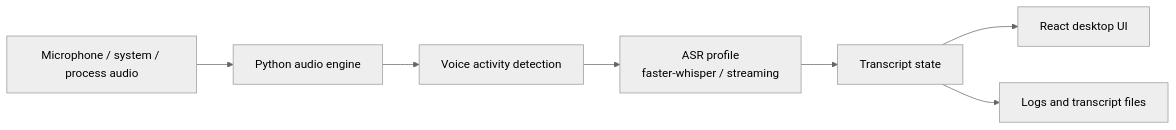
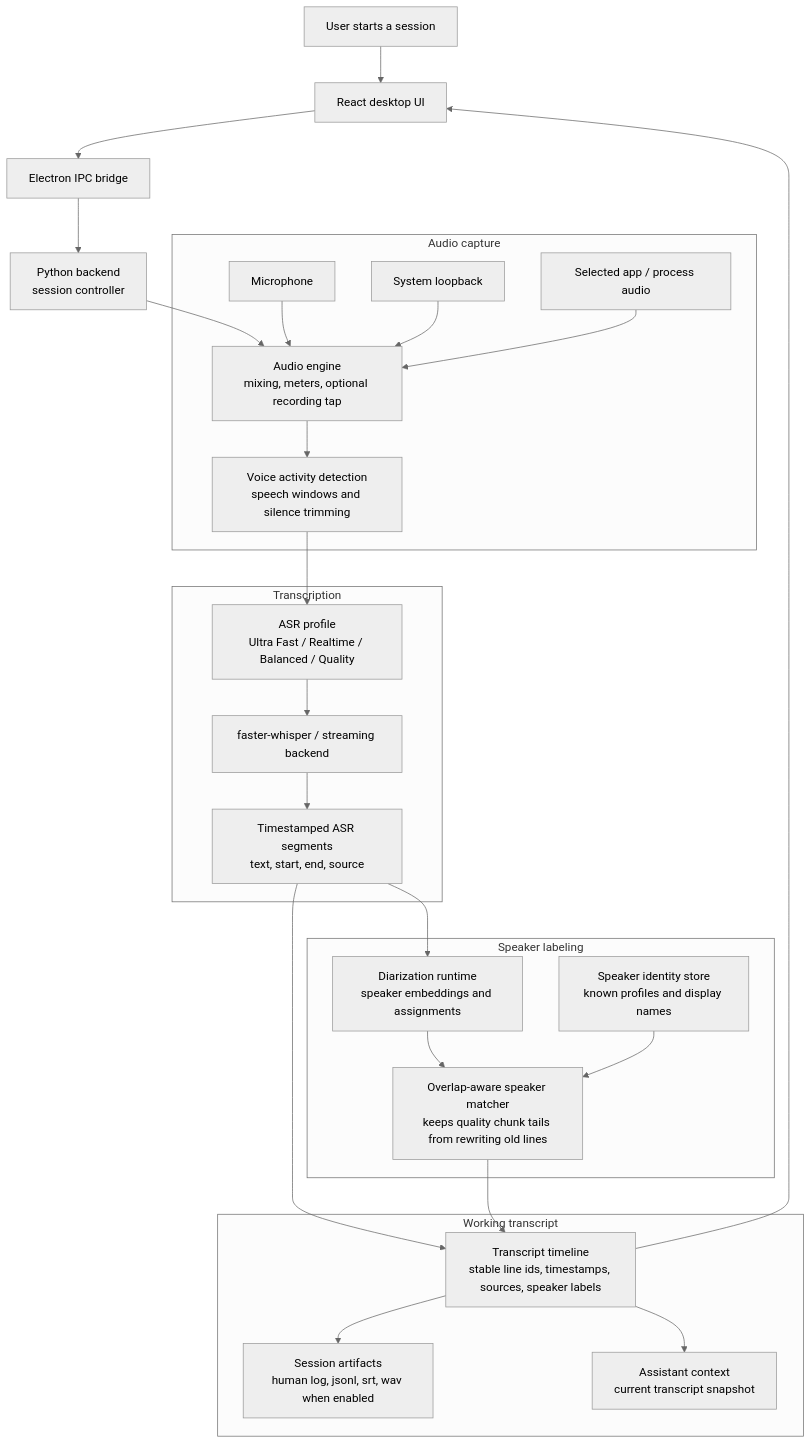
Before and after one commit to gazon673games/meeting-scribe: the diagram in README.md, drawn with Mermaid (neutral theme). The commit also changed other lines of this file, not shown here.

Commit message:
Update README pipeline overview

````diff
--- a/README.md
+++ b/README.md
@@ -26,14 +24,45 @@
 ```mermaid
-flowchart LR
-  Audio[Microphone / system / process audio]
-  Engine[Python audio engine]
-  VAD[Voice activity detection]
-  ASR[ASR profile<br/>faster-whisper / streaming]
-  Transcript[Transcript state]
+flowchart TD
+  User[User starts a session]
   UI[React desktop UI]
-  Files[Logs and transcript files]
+  IPC[Electron IPC bridge]
+  Backend[Python backend<br/>session controller]
 
-  Audio --> Engine --> VAD --> ASR --> Transcript
-  Transcript --> UI
-  Transcript --> Files
+  subgraph Capture["Audio capture"]
+    Mic[Microphone]
+    System[System loopback]
+    Process[Selected app / process audio]
+    Engine[Audio engine<br/>mixing, meters, optional recording tap]
+    VAD[Voice activity detection<br/>speech windows and silence trimming]
+  end
+
+  subgraph ASR["Transcription"]
+    Profile[ASR profile<br/>Ultra Fast / Realtime / Balanced / Quality]
+    Decoder[faster-whisper / streaming backend]
+    Segment[Timestamped ASR segments<br/>text, start, end, source]
+  end
+
+  subgraph Speakers["Speaker labeling"]
+    Diar[Diarization runtime<br/>speaker embeddings and assignments]
+    Match[Overlap-aware speaker matcher<br/>keeps quality chunk tails from rewriting old lines]
+    Identity[Speaker identity store<br/>known profiles and display names]
+  end
+
+  subgraph Transcript["Working transcript"]
+    Lines[Transcript timeline<br/>stable line ids, timestamps, sources, speaker labels]
+    Store[Session artifacts<br/>human log, jsonl, srt, wav when enabled]
+    Context[Assistant context<br/>current transcript snapshot]
+  end
+
+  User --> UI --> IPC --> Backend
+  Backend --> Engine
+  Mic --> Engine
+  System --> Engine
+  Process --> Engine
+  Engine --> VAD --> Profile --> Decoder --> Segment --> Lines
+  Segment --> Diar --> Match --> Lines
+  Identity --> Match
+  Lines --> UI
+  Lines --> Store
+  Lines --> Context
 ```
````
